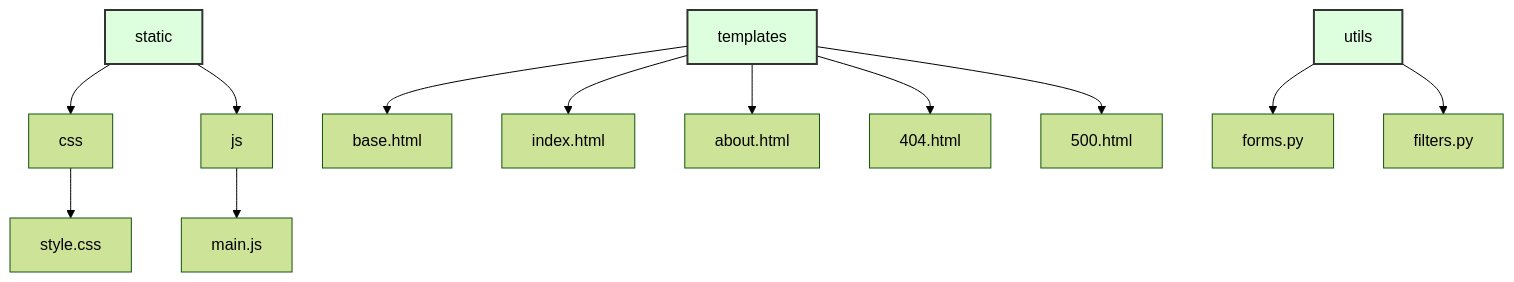
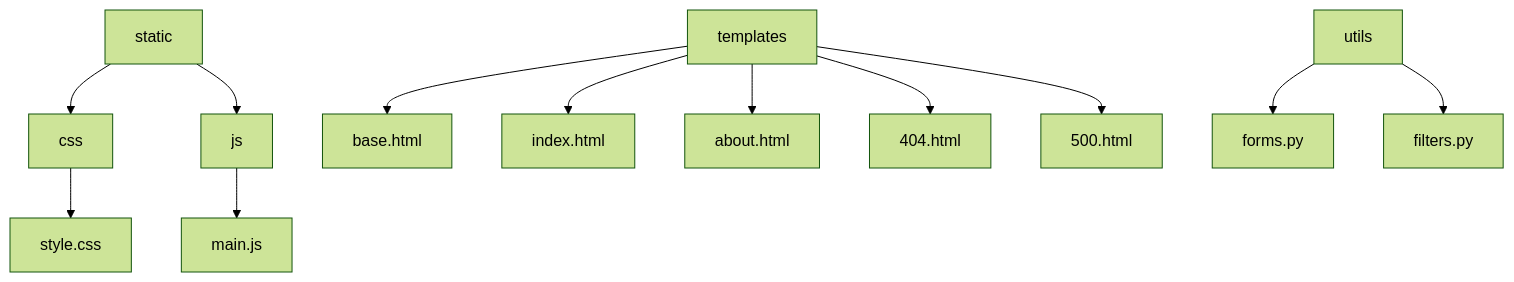
The fourth of 7 diagrams in docs/PROJECT_STRUCTURE.md (Dylalva/TeenSmartInsight), drawn with Mermaid (forest theme) before and after one commit. The commit also changed other lines of this file and 5 other files, not shown here.

````diff
--- a/docs/PROJECT_STRUCTURE.md
+++ b/docs/PROJECT_STRUCTURE.md
@@ -66,20 +60,16 @@
 ```mermaid
 graph TD
     B1D[static] --> B1D1[css]
     B1D --> B1D2[js]
     B1D1 --> B1D1A[style.css]
     B1D2 --> B1D2A[main.js]
     
     B1E[templates] --> B1E1[base.html]
     B1E --> B1E2[index.html]
     B1E --> B1E3[about.html]
     B1E --> B1E4[404.html]
     B1E --> B1E5[500.html]
     
     B1F[utils] --> B1F1[forms.py]
     B1F --> B1F2[filters.py]
-    
-    style B1D fill:#dfd,stroke:#333,stroke-width:2px
-    style B1E fill:#dfd,stroke:#333,stroke-width:2px
-    style B1F fill:#dfd,stroke:#333,stroke-width:2px
 ```
````
